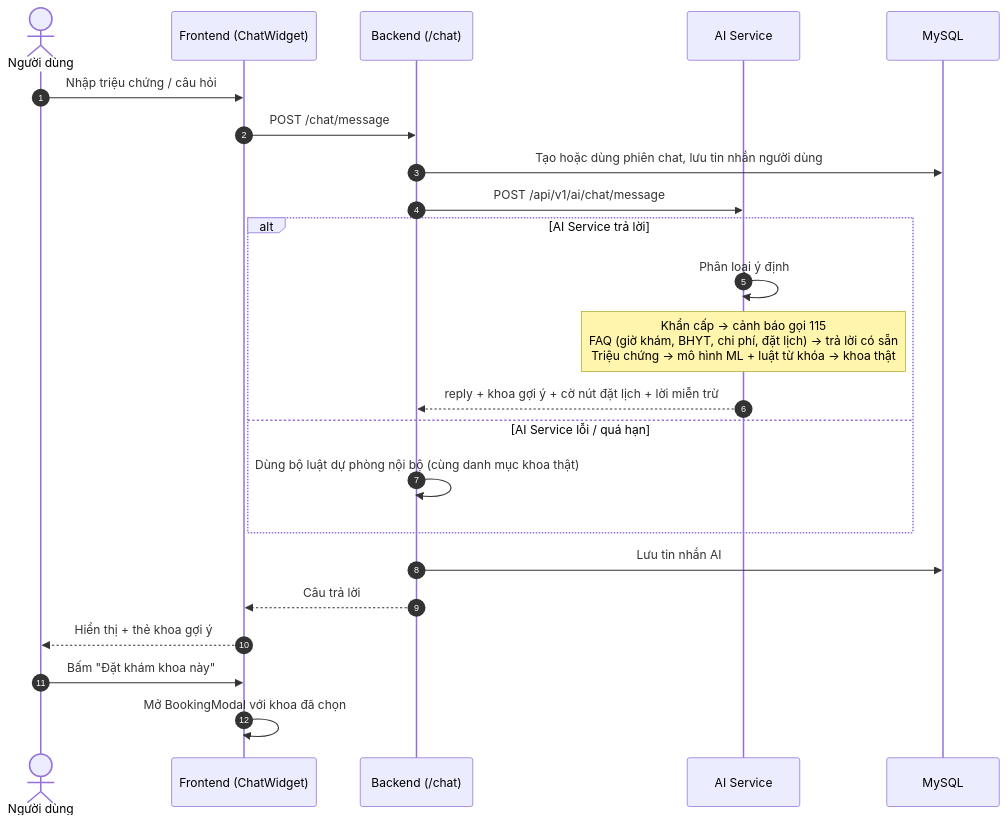
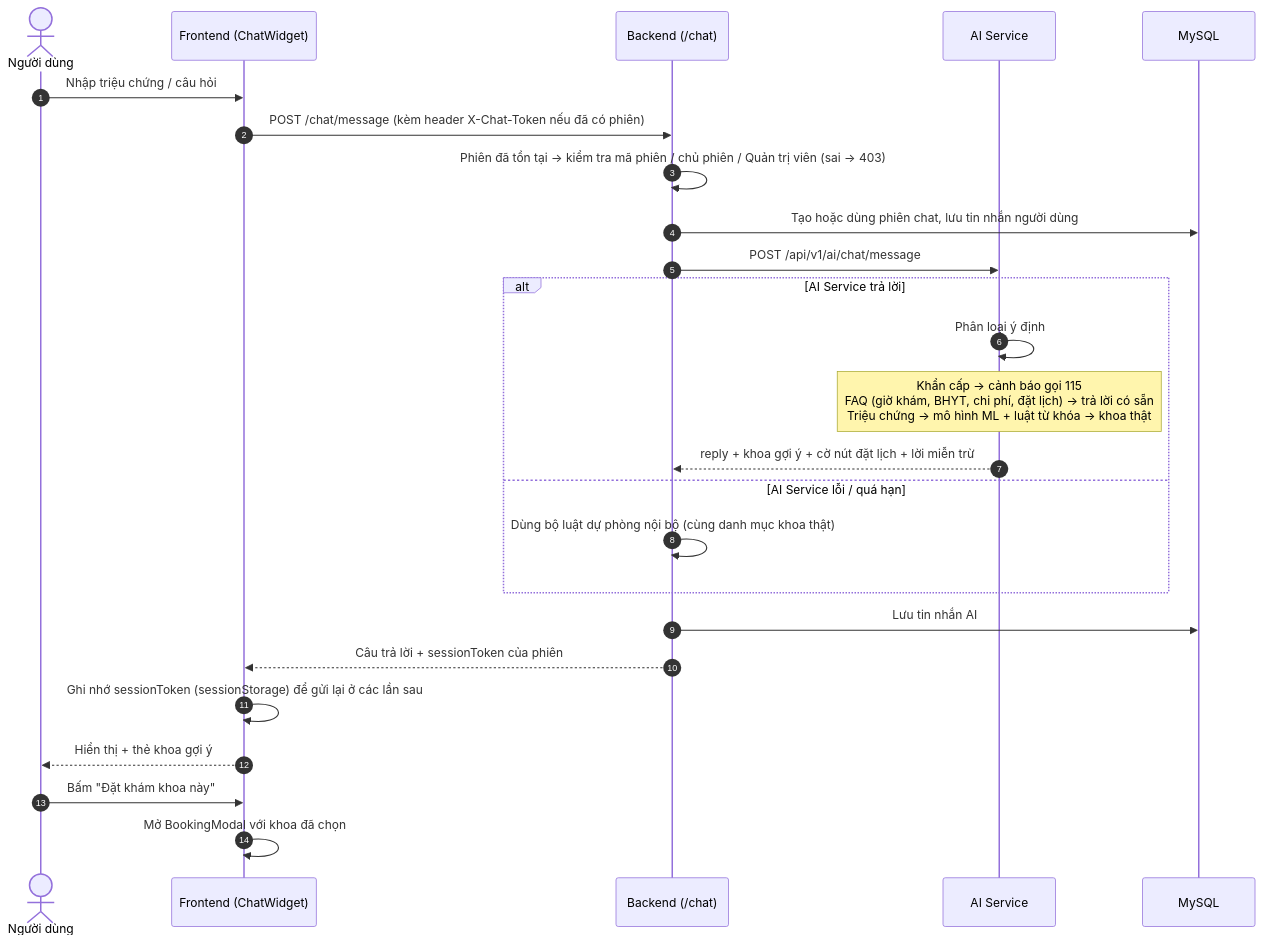
One commit to dinhson-11/MyPhatHospital changed the seventh of 16 diagrams in LUONG_HOAT_DONG.md. Above: the diagram before and after it, drawn with Mermaid. The commit also changed other lines of this file and 134 other files, not shown here.

````diff
--- a/LUONG_HOAT_DONG.md
+++ b/LUONG_HOAT_DONG.md
@@ -199,26 +199,28 @@
 ```mermaid
 sequenceDiagram
     autonumber
     actor U as Người dùng
     participant F as Frontend (ChatWidget)
     participant B as Backend (/chat)
     participant A as AI Service
     participant DB as MySQL
 
     U->>F: Nhập triệu chứng / câu hỏi
-    F->>B: POST /chat/message
+    F->>B: POST /chat/message (kèm header X-Chat-Token nếu đã có phiên)
+    B->>B: Phiên đã tồn tại → kiểm tra mã phiên / chủ phiên / Quản trị viên (sai → 403)
     B->>DB: Tạo hoặc dùng phiên chat, lưu tin nhắn người dùng
     B->>A: POST /api/v1/ai/chat/message
     alt AI Service trả lời
         A->>A: Phân loại ý định
         Note over A: Khẩn cấp → cảnh báo gọi 115<br/>FAQ (giờ khám, BHYT, chi phí, đặt lịch) → trả lời có sẵn<br/>Triệu chứng → mô hình ML + luật từ khóa → khoa thật
         A-->>B: reply + khoa gợi ý + cờ nút đặt lịch + lời miễn trừ
     else AI Service lỗi / quá hạn
         B->>B: Dùng bộ luật dự phòng nội bộ (cùng danh mục khoa thật)
     end
     B->>DB: Lưu tin nhắn AI
-    B-->>F: Câu trả lời
+    B-->>F: Câu trả lời + sessionToken của phiên
+    F->>F: Ghi nhớ sessionToken (sessionStorage) để gửi lại ở các lần sau
     F-->>U: Hiển thị + thẻ khoa gợi ý
     U->>F: Bấm "Đặt khám khoa này"
     F->>F: Mở BookingModal với khoa đã chọn
 ```
````
